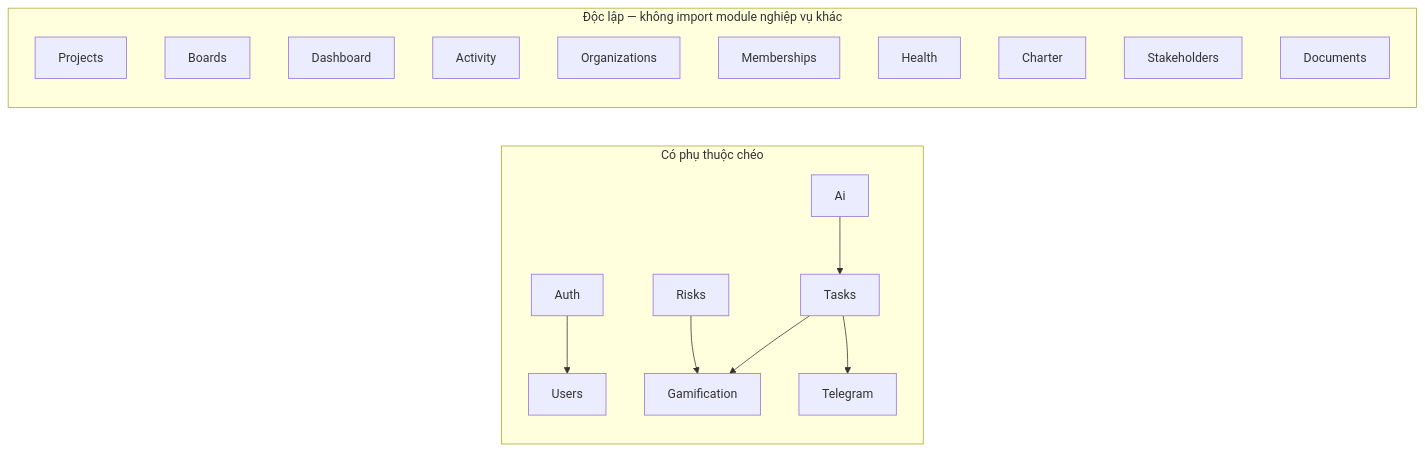
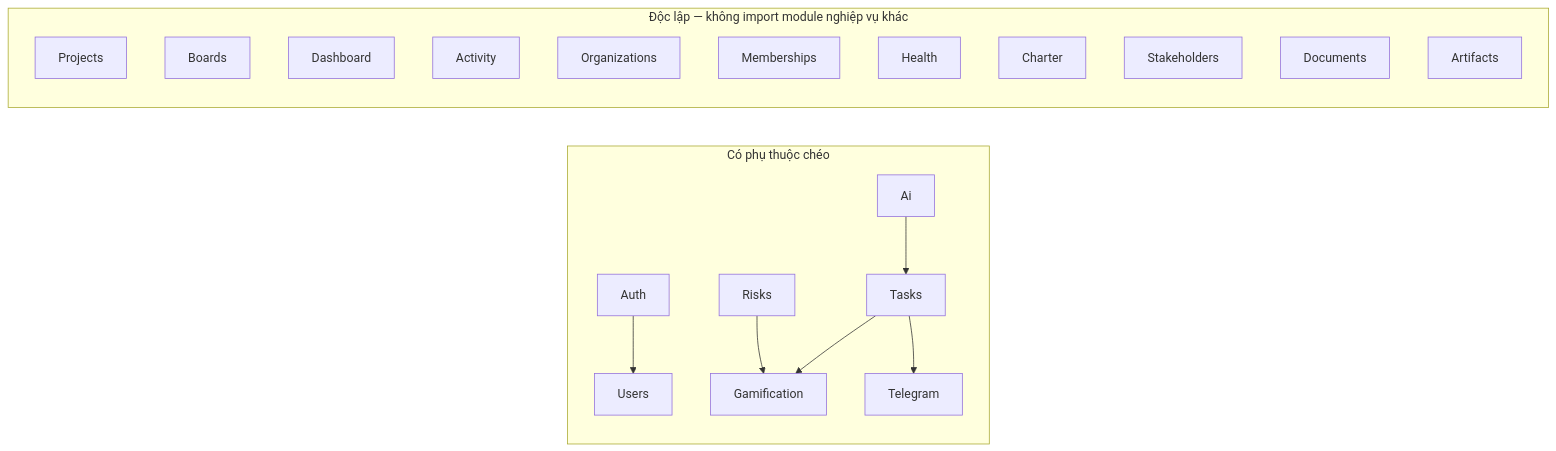
Before and after one commit to greyhub/pmtool: the seventh of 12 diagrams in docs/kien-truc.md, drawn with Mermaid. The commit also changed other lines of this file and 25 other files, not shown here.

````diff
--- a/docs/kien-truc.md
+++ b/docs/kien-truc.md
@@ -202,24 +211,25 @@
 ```mermaid
 flowchart LR
     subgraph DEPS["Có phụ thuộc chéo"]
         direction TB
         Auth --> Users
         Ai --> Tasks
         Tasks --> Gamification
         Tasks --> Telegram
         Risks --> Gamification
     end
     subgraph STANDALONE["Độc lập — không import module nghiệp vụ khác"]
         direction TB
         Projects
         Boards
         Dashboard
         Activity
         Organizations
         Memberships
         Health
         Charter
         Stakeholders
         Documents
+        Artifacts
     end
 ```
````
